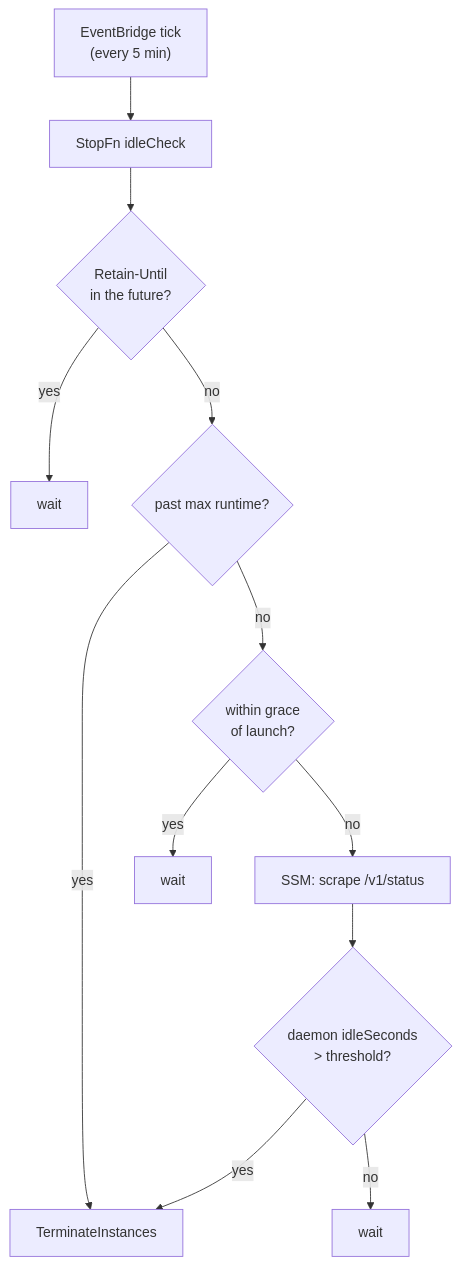
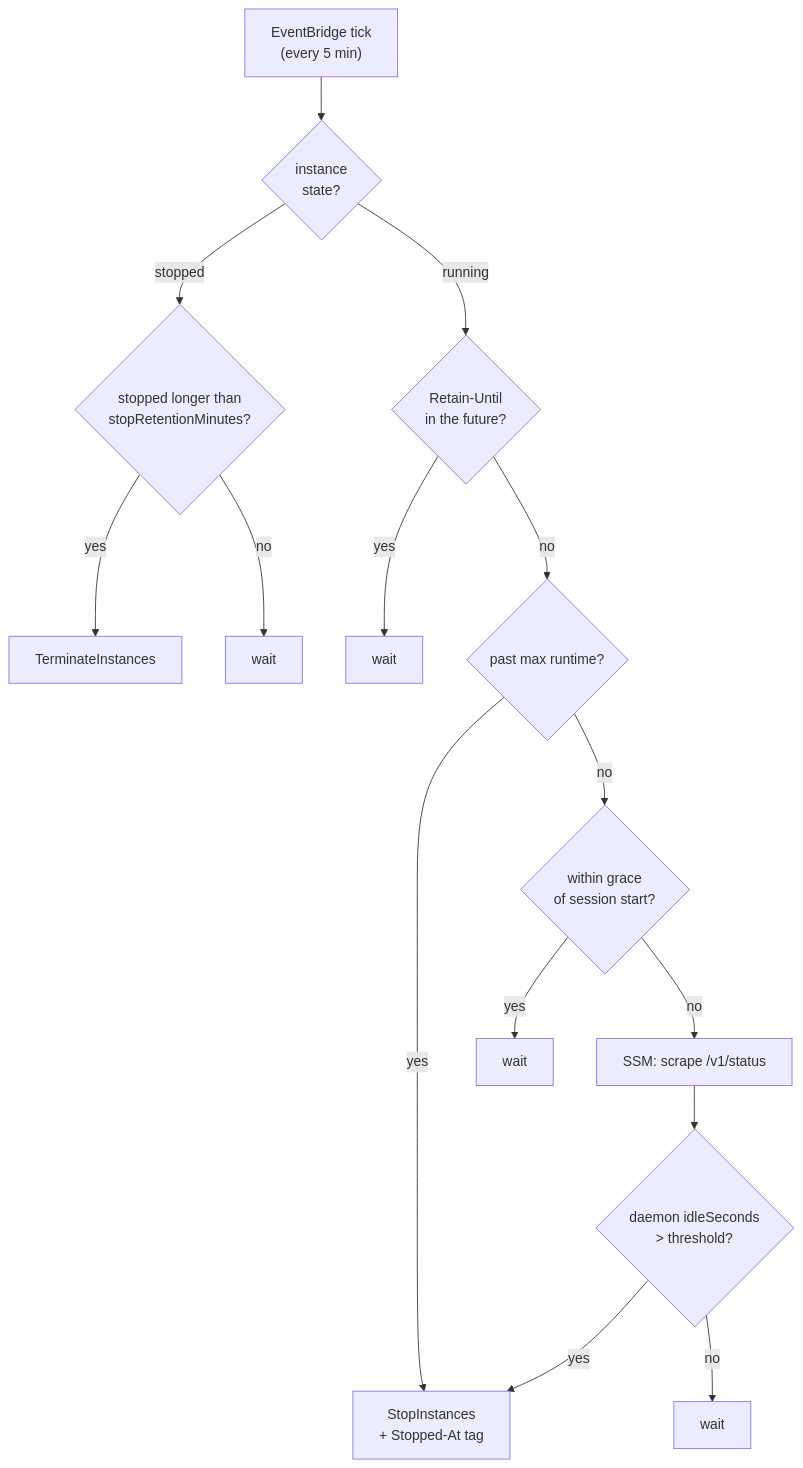
Before and after one commit to lucinate-ai/outfit: the fourth of 4 diagrams in remote/docs/architecture.md, drawn with Mermaid. The commit also changed other lines of this file and 19 other files, not shown here.

````diff
--- a/remote/docs/architecture.md
+++ b/remote/docs/architecture.md
@@ -168,14 +181,17 @@
 ```mermaid
 flowchart TB
-  tick["EventBridge tick<br/>(every 5 min)"] --> stop["StopFn idleCheck"]
-  stop --> retain{"Retain-Until<br/>in the future?"}
+  tick["EventBridge tick<br/>(every 5 min)"] --> state{"instance<br/>state?"}
+  state -->|stopped| sret{"stopped longer than<br/>stopRetentionMinutes?"}
+  sret -->|yes| term["TerminateInstances"]
+  sret -->|no| wait4["wait"]
+  state -->|running| retain{"Retain-Until<br/>in the future?"}
   retain -->|yes| wait1["wait"]
   retain -->|no| cap{"past max runtime?"}
-  cap -->|yes| term["TerminateInstances"]
-  cap -->|no| grace{"within grace<br/>of launch?"}
+  cap -->|yes| stopit["StopInstances<br/>+ Stopped-At tag"]
+  cap -->|no| grace{"within grace<br/>of session start?"}
   grace -->|yes| wait2["wait"]
   grace -->|no| scrape["SSM: scrape /v1/status"]
   scrape --> idle{"daemon idleSeconds<br/>> threshold?"}
-  idle -->|yes| term
+  idle -->|yes| stopit
   idle -->|no| wait3["wait"]
 ```
````
